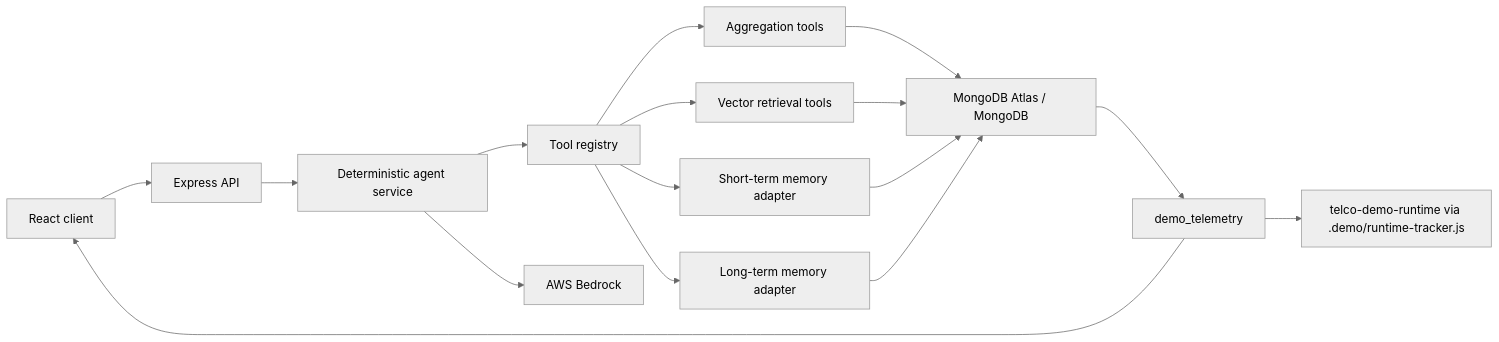
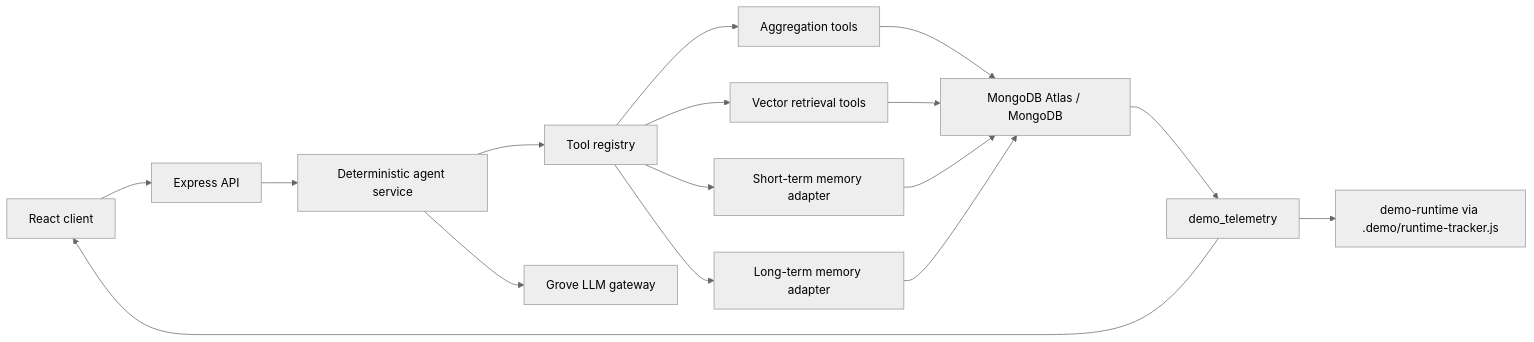
One commit to fabian-guevara/demo-runtime changed the diagram in telco-ai-analytics-agent/README.md. Above: the diagram before and after it, drawn with Mermaid (neutral theme). The commit also changed other lines of this file and 12 other files, not shown here.

First line of the commit message:
Align architecture docs with Grove-first runtime truth.

````diff
--- a/telco-ai-analytics-agent/README.md
+++ b/telco-ai-analytics-agent/README.md
@@ -19,18 +18,18 @@
 ```mermaid
 flowchart LR
   UI["React client"] --> API["Express API"]
   API --> AGENT["Deterministic agent service"]
   AGENT --> TOOLS["Tool registry"]
   TOOLS --> ANALYTICS["Aggregation tools"]
   TOOLS --> VECTOR["Vector retrieval tools"]
   TOOLS --> STM["Short-term memory adapter"]
   TOOLS --> LTM["Long-term memory adapter"]
   ANALYTICS --> MDB["MongoDB Atlas / MongoDB"]
   VECTOR --> MDB
   STM --> MDB
   LTM --> MDB
-  AGENT --> BEDROCK["AWS Bedrock"]
+  AGENT --> GROVE["Grove LLM gateway"]
   MDB --> TELEMETRY["demo_telemetry"]
   TELEMETRY --> UI
-  TELEMETRY --> RUNTIME["telco-demo-runtime via .demo/runtime-tracker.js"]
+  TELEMETRY --> RUNTIME["demo-runtime via .demo/runtime-tracker.js"]
 ```
````
